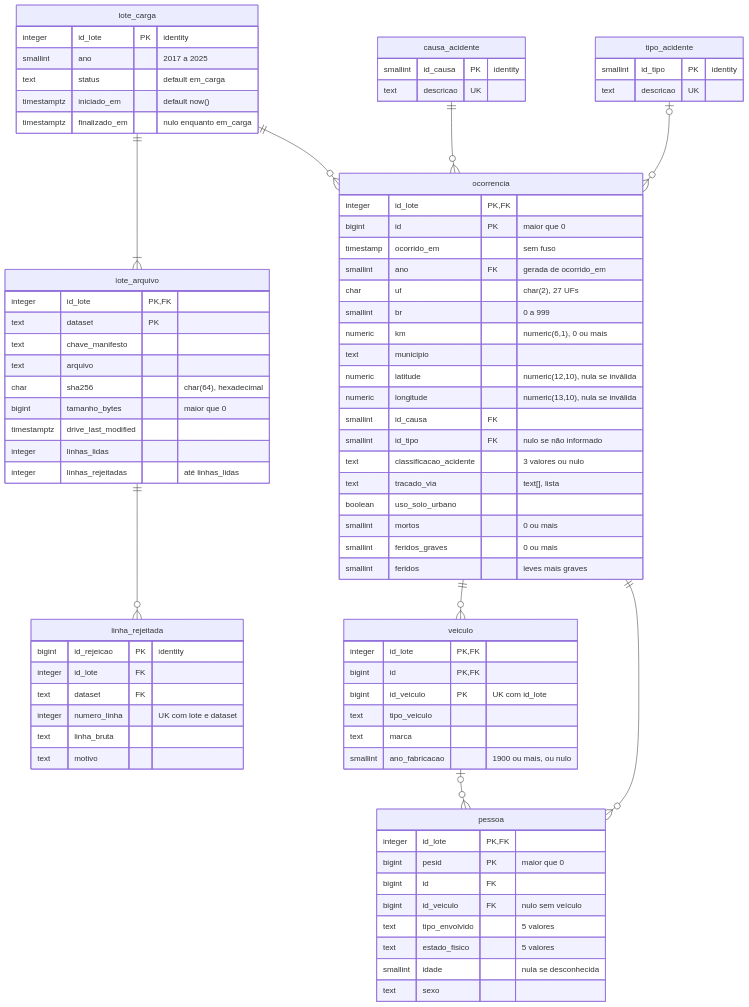
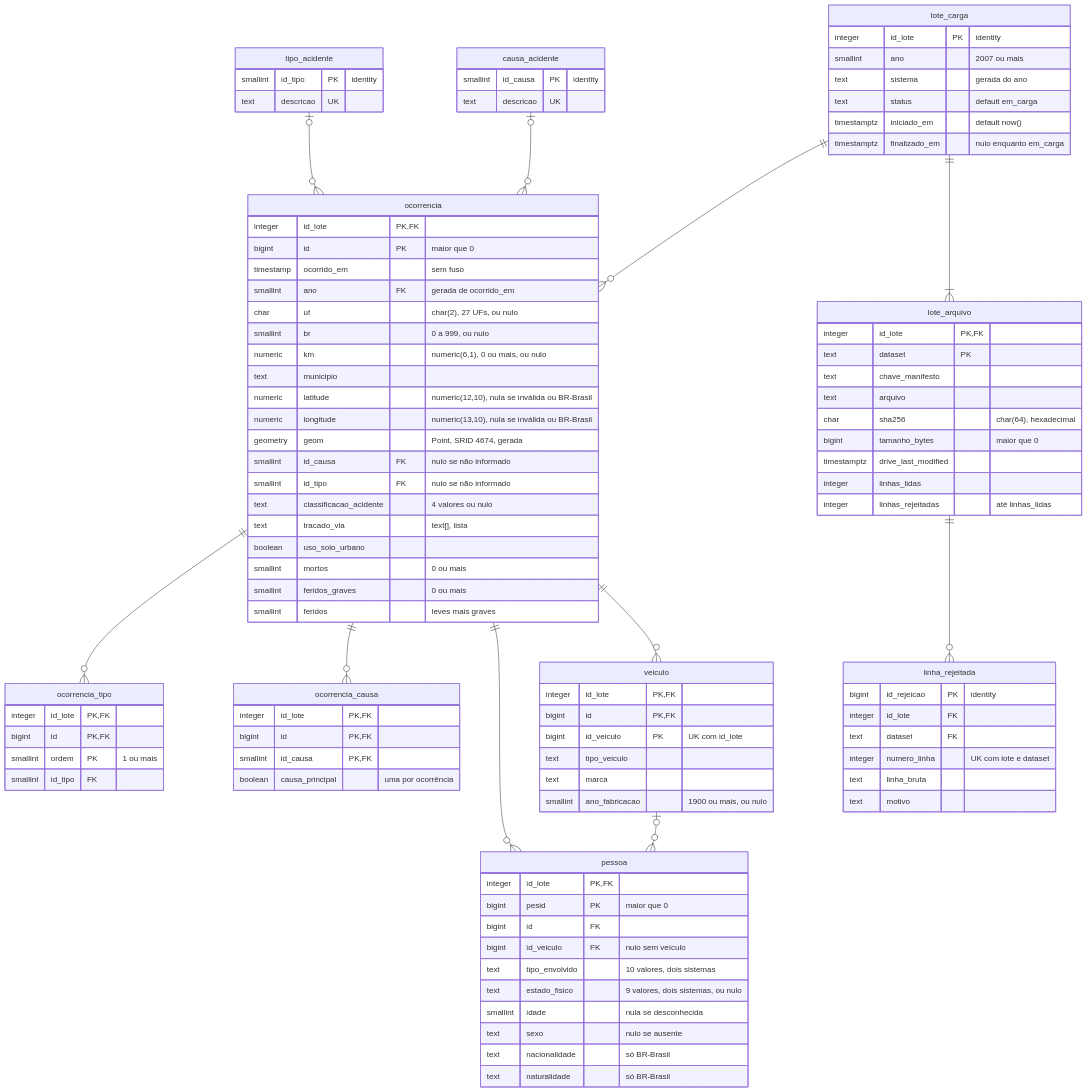
One commit to cibelinda/Engenharia-Dados-Seguranca-Viaria changed the sixth of 6 diagrams in docs/arquitetura-e-modelos.md. Above: the diagram before and after it, drawn with Mermaid. The commit also changed other lines of this file, not shown here.

Commit message:
docs: diagramas com PostGIS, tabelas novas e dataset completo

```diff
--- a/docs/arquitetura-e-modelos.md
+++ b/docs/arquitetura-e-modelos.md
@@ -223,13 +254,16 @@
     ocorrencia ||--o{ veiculo : ""
     ocorrencia ||--o{ pessoa : ""
     veiculo |o--o{ pessoa : ""
-    causa_acidente ||--o{ ocorrencia : ""
+    causa_acidente |o--o{ ocorrencia : ""
     tipo_acidente |o--o{ ocorrencia : ""
+    ocorrencia ||--o{ ocorrencia_causa : ""
+    ocorrencia ||--o{ ocorrencia_tipo : ""
     lote_arquivo ||--o{ linha_rejeitada : ""
 
     lote_carga {
         integer id_lote PK "identity"
-        smallint ano "2017 a 2025"
+        smallint ano "2007 ou mais"
+        text sistema "gerada do ano"
         text status "default em_carga"
         timestamptz iniciado_em "default now()"
         timestamptz finalizado_em "nulo enquanto em_carga"
@@ -258,15 +292,16 @@
         bigint id PK "maior que 0"
         timestamp ocorrido_em "sem fuso"
         smallint ano FK "gerada de ocorrido_em"
-        char uf "char(2), 27 UFs"
-        smallint br "0 a 999"
-        numeric km "numeric(6,1), 0 ou mais"
+        char uf "char(2), 27 UFs, ou nulo"
+        smallint br "0 a 999, ou nulo"
+        numeric km "numeric(6,1), 0 ou mais, ou nulo"
         text municipio
-        numeric latitude "numeric(12,10), nula se inválida"
-        numeric longitude "numeric(13,10), nula se inválida"
-        smallint id_causa FK
+        numeric latitude "numeric(12,10), nula se inválida ou BR-Brasil"
+        numeric longitude "numeric(13,10), nula se inválida ou BR-Brasil"
+        geometry geom "Point, SRID 4674, gerada"
+        smallint id_causa FK "nulo se não informado"
         smallint id_tipo FK "nulo se não informado"
-        text classificacao_acidente "3 valores ou nulo"
+        text classificacao_acidente "4 valores ou nulo"
         text tracado_via "text[], lista"
         boolean uso_solo_urbano
         smallint mortos "0 ou mais"
@@ -286,10 +321,24 @@
         bigint pesid PK "maior que 0"
         bigint id FK
         bigint id_veiculo FK "nulo sem veículo"
-        text tipo_envolvido "5 valores"
-        text estado_fisico "5 valores"
+        text tipo_envolvido "10 valores, dois sistemas"
+        text estado_fisico "9 valores, dois sistemas, ou nulo"
         smallint idade "nula se desconhecida"
-        text sexo
+        text sexo "nulo se ausente"
+        text nacionalidade "só BR-Brasil"
+        text naturalidade "só BR-Brasil"
+    }
+    ocorrencia_causa {
+        integer id_lote PK, FK
+        bigint id PK, FK
+        smallint id_causa PK, FK
+        boolean causa_principal "uma por ocorrência"
+    }
+    ocorrencia_tipo {
+        integer id_lote PK, FK
+        bigint id PK, FK
+        smallint ordem PK "1 ou mais"
+        smallint id_tipo FK
     }
     linha_rejeitada {
         bigint id_rejeicao PK "identity"
```
